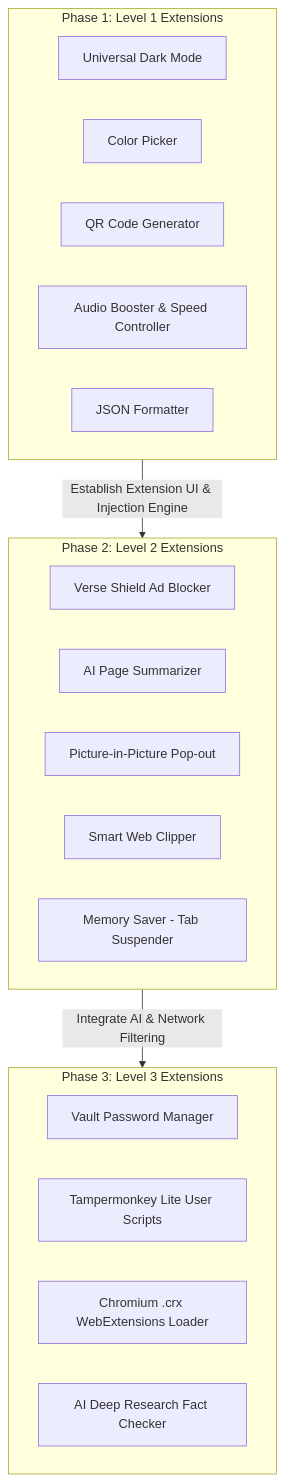
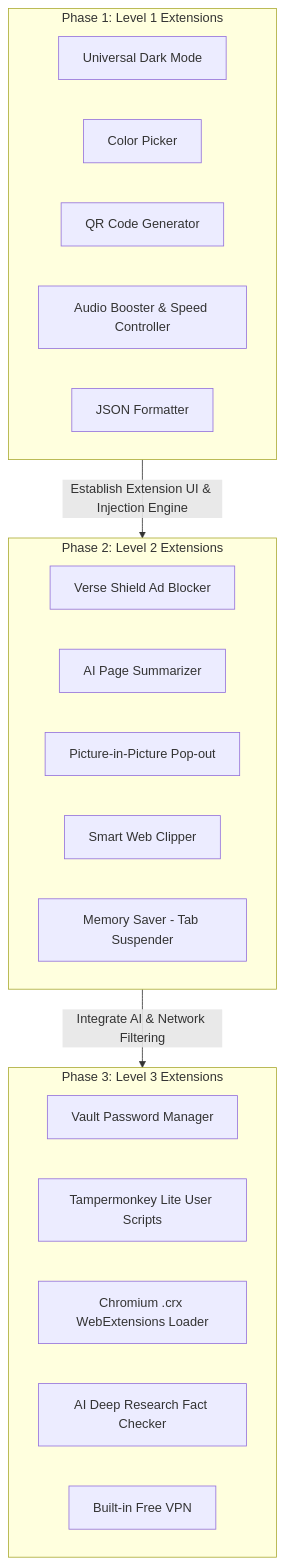
One commit to DevMahida/Verse-Browser changed the diagram in Extensions_Roadmap.md. Above: the diagram before and after it, drawn with Mermaid. The commit also changed other lines of this file and 41 other files, not shown here.

````diff
--- a/Extensions_Roadmap.md
+++ b/Extensions_Roadmap.md
@@ -57,28 +58,29 @@
 ```mermaid
 graph TD
     Phase1[Phase 1: Quick Wins - Level 1] -->|Establish Extension UI & Injection Engine| Phase2[Phase 2: Core Enhancements - Level 2]
     Phase2 -->|Integrate AI & Network Filtering| Phase3[Phase 3: Advanced Capabilities - Level 3]
 
     subgraph Phase1 [Phase 1: Level 1 Extensions]
         A1[Universal Dark Mode]
         A2[Color Picker]
         A3[QR Code Generator]
         A4[Audio Booster & Speed Controller]
         A5[JSON Formatter]
     end
 
     subgraph Phase2 [Phase 2: Level 2 Extensions]
         B1[Verse Shield Ad Blocker]
         B2[AI Page Summarizer]
         B3[Picture-in-Picture Pop-out]
         B4[Smart Web Clipper]
         B5[Memory Saver - Tab Suspender]
     end
 
     subgraph Phase3 [Phase 3: Level 3 Extensions]
         C1[Vault Password Manager]
         C2[Tampermonkey Lite User Scripts]
         C3[Chromium .crx WebExtensions Loader]
         C4[AI Deep Research Fact Checker]
+        C5[Built-in Free VPN]
     end
 ```
````
